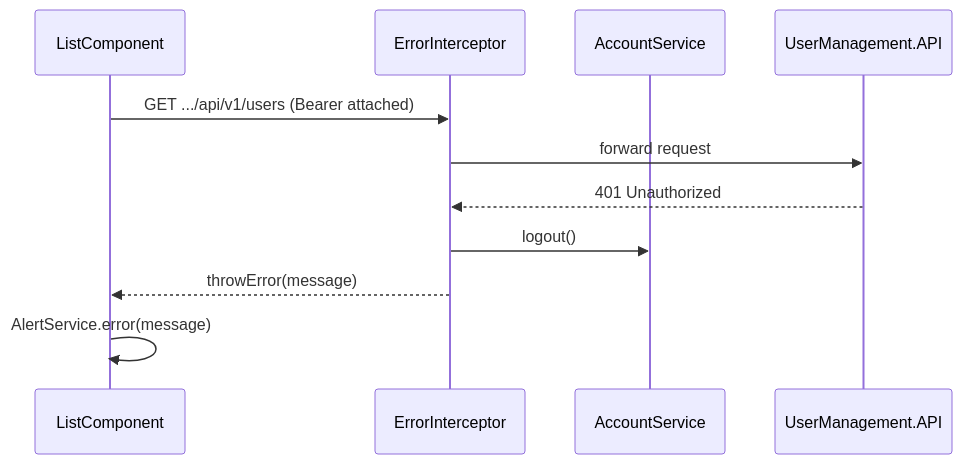
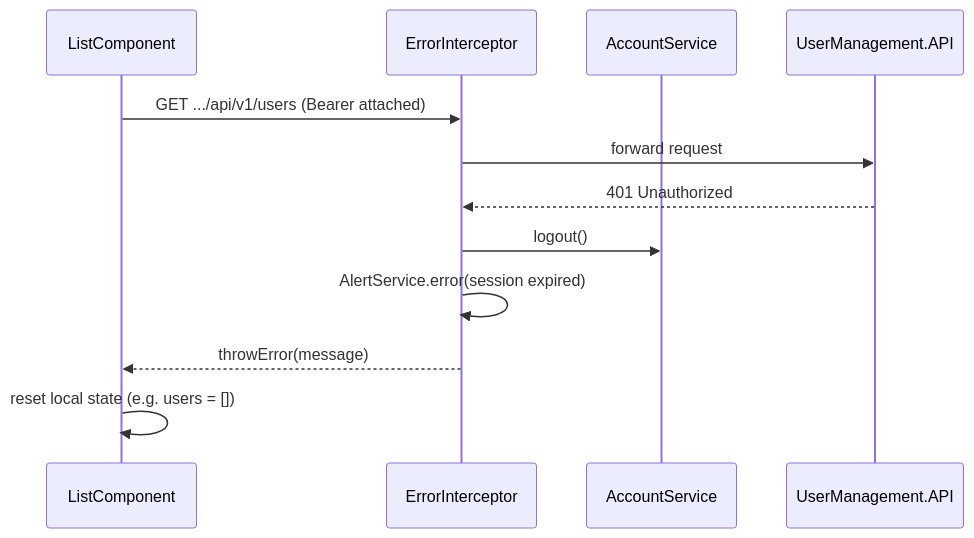
Before and after one commit to asalhallak/basic-user-management: the third of 3 diagrams in docs/front-end-interceptors.md, drawn with Mermaid. The commit also changed other lines of this file and 6 other files, not shown here.

````diff
--- a/docs/front-end-interceptors.md
+++ b/docs/front-end-interceptors.md
@@ -115,14 +116,15 @@
 ```mermaid
 sequenceDiagram
     participant List as ListComponent
     participant Err as ErrorInterceptor
     participant Acct as AccountService
     participant API as UserManagement.API
 
     List->>Err: GET .../api/v1/users (Bearer attached)
     Err->>API: forward request
     API-->>Err: 401 Unauthorized
     Err->>Acct: logout()
+    Err->>Err: AlertService.error(session expired)
     Err-->>List: throwError(message)
-    List->>List: AlertService.error(message)
+    List->>List: reset local state (e.g. users = [])
 ```
````
